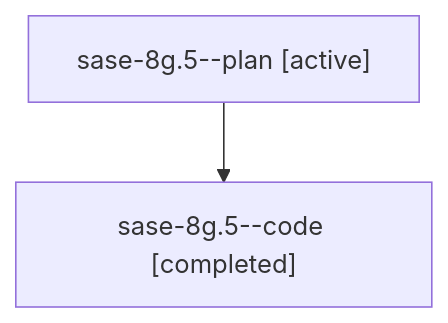
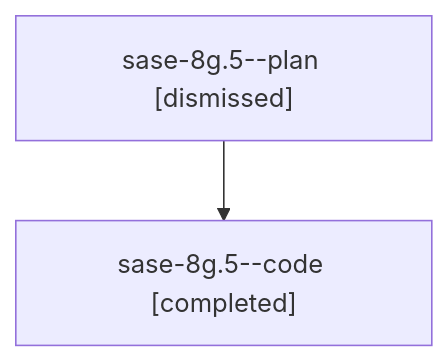
The diagram in sessions/bbugyi200.athena.sase-8g.5.md (sase-org/sase--agents), drawn with Mermaid before and after one commit. The commit also changed other lines of this file and 100 other files, not shown here.

````diff
--- a/sessions/bbugyi200.athena.sase-8g.5.md
+++ b/sessions/bbugyi200.athena.sase-8g.5.md
@@ -9,6 +9,6 @@
 ```mermaid
 flowchart TD
-  n0["sase-8g.5--plan [active]"]
+  n0["sase-8g.5--plan [dismissed]"]
   n1["sase-8g.5--code [completed]"]
   n0 --> n1
 ```
````
